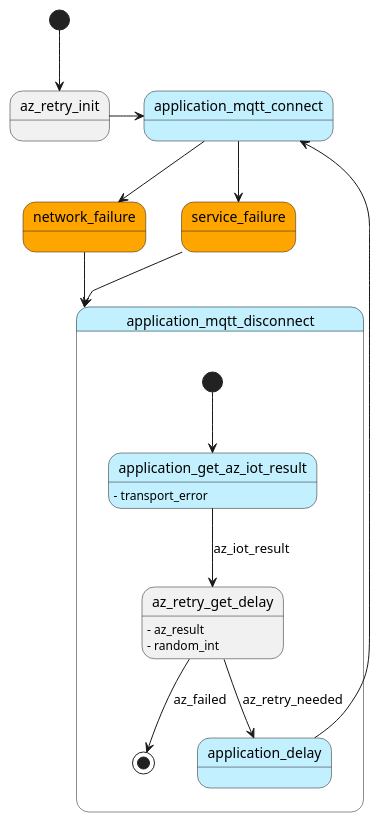
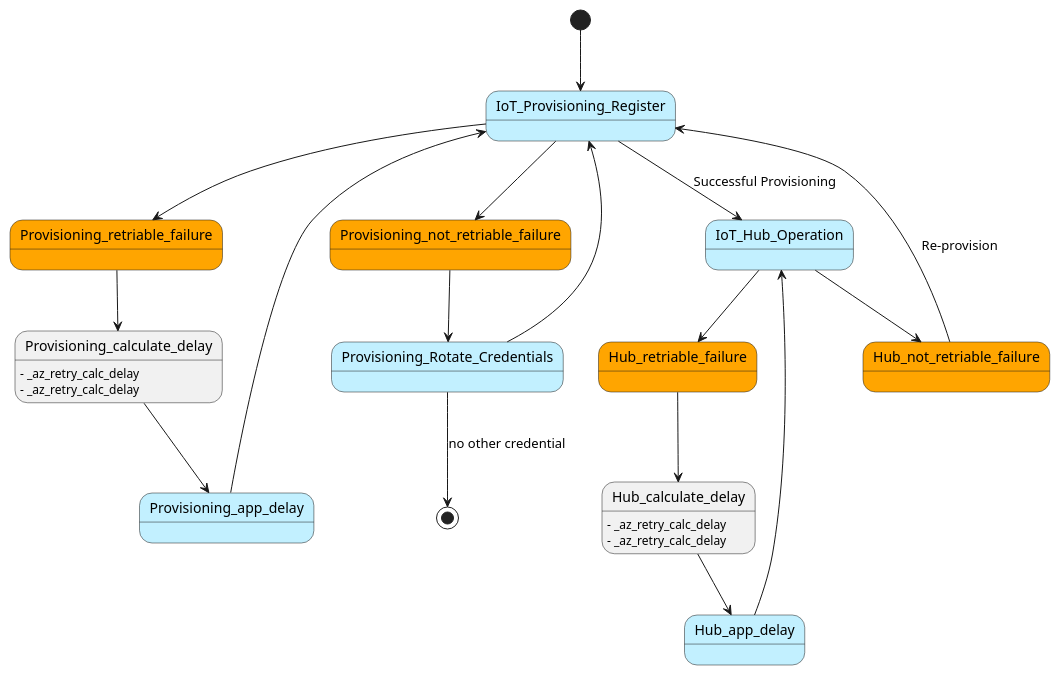
The diagram in sdk/iot/core/doc/resources/iot_retry_flow.puml (Azure/azure-sdk-for-c), drawn with PlantUML before and after one commit. The commit also changed 3 other files, not shown here.

```diff
--- a/sdk/iot/core/doc/resources/iot_retry_flow.puml
+++ b/sdk/iot/core/doc/resources/iot_retry_flow.puml
@@ -1,32 +1,47 @@
 @startuml
 skinparam state {
     BackgroundColor<<APP>> APPLICATION
     BackgroundColor<<STRUCT>> Lavender
     BackgroundColor<<FAIL>> Orange
 }
 
-[*] --> az_retry_init
-az_retry_init -> application_mqtt_connect
-state application_mqtt_connect <<APP>>
-application_mqtt_connect --> network_failure
-application_mqtt_connect --> service_failure
-state network_failure<<FAIL>>
-state service_failure<<FAIL>>
-network_failure --> application_mqtt_disconnect
-service_failure --> application_mqtt_disconnect
+[*] --> IoT_Provisioning_Register
+state IoT_Provisioning_Register <<APP>>
 
-state application_mqtt_disconnect<<APP>> {
-    [*] --> application_get_az_iot_result
-    state application_get_az_iot_result <<APP>>
-    application_get_az_iot_result --> az_retry_get_delay : az_iot_result
-    az_retry_get_delay --> application_delay : az_retry_needed
-    state application_delay <<APP>>
-    application_delay --> application_mqtt_connect
-    az_retry_get_delay --> [*] : az_failed
-}
+' Provisioning Retriable errors
+IoT_Provisioning_Register --> Provisioning_retriable_failure
+state Provisioning_retriable_failure<<FAIL>>
+Provisioning_retriable_failure --> Provisioning_calculate_delay
+Provisioning_calculate_delay --> Provisioning_app_delay
+state Provisioning_app_delay<<APP>>
+Provisioning_app_delay --> IoT_Provisioning_Register
+Provisioning_calculate_delay: - _az_retry_calc_delay
+Provisioning_calculate_delay: - _az_retry_calc_delay
 
-application_get_az_iot_result : - transport_error
-az_retry_get_delay : - az_result
-az_retry_get_delay : - random_int
+' Provisioning Non-retriable 
+IoT_Provisioning_Register --> Provisioning_not_retriable_failure
+state Provisioning_not_retriable_failure<<FAIL>>
+Provisioning_not_retriable_failure --> Provisioning_Rotate_Credentials
+state Provisioning_Rotate_Credentials <<APP>>
+Provisioning_Rotate_Credentials --> IoT_Provisioning_Register
+Provisioning_Rotate_Credentials --> [*] : no other credential
+
+IoT_Provisioning_Register --> IoT_Hub_Operation : Successful Provisioning
+state IoT_Hub_Operation <<APP>>
+
+' Hub Retriable errors
+IoT_Hub_Operation --> Hub_retriable_failure
+state Hub_retriable_failure<<FAIL>>
+Hub_retriable_failure --> Hub_calculate_delay
+Hub_calculate_delay --> Hub_app_delay
+state Hub_app_delay<<APP>>
+Hub_app_delay --> IoT_Hub_Operation
+Hub_calculate_delay: - _az_retry_calc_delay
+Hub_calculate_delay: - _az_retry_calc_delay
+
+' Hub Non-retriable 
+IoT_Hub_Operation --> Hub_not_retriable_failure
+state Hub_not_retriable_failure<<FAIL>>
+Hub_not_retriable_failure --> IoT_Provisioning_Register : Re-provision
 
 @enduml
```
